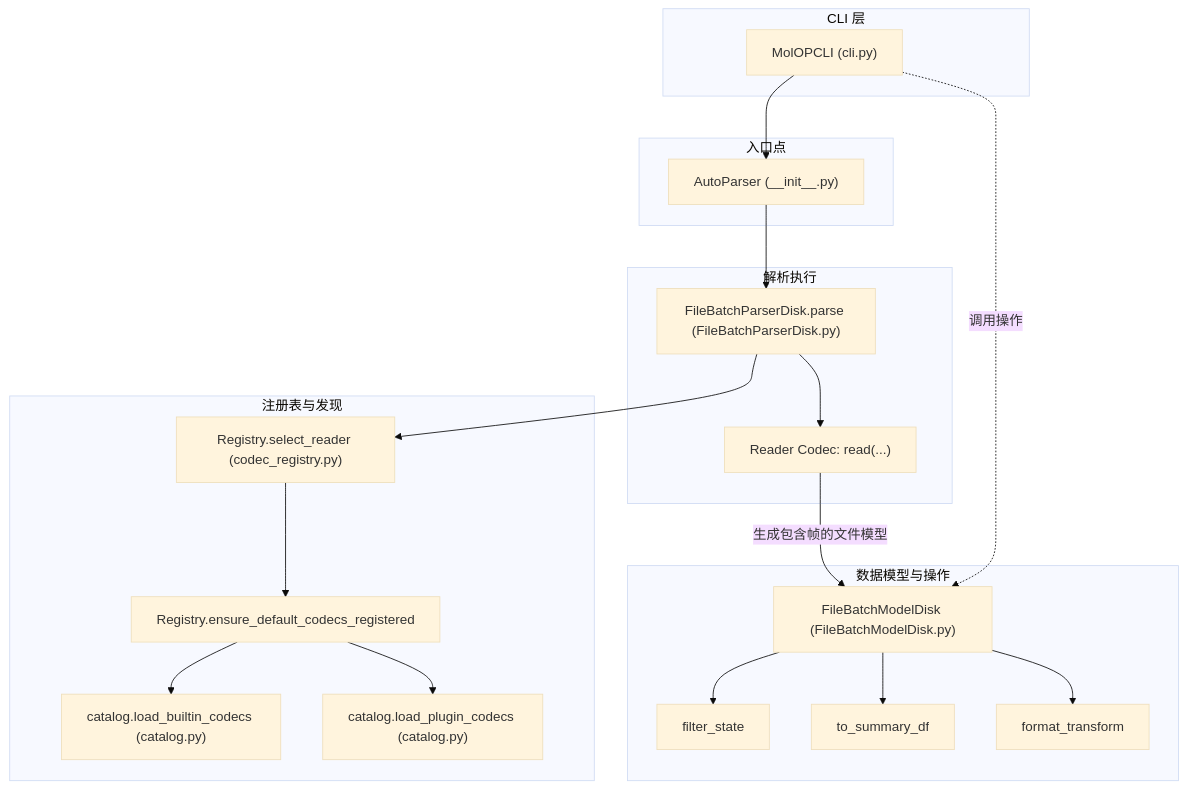
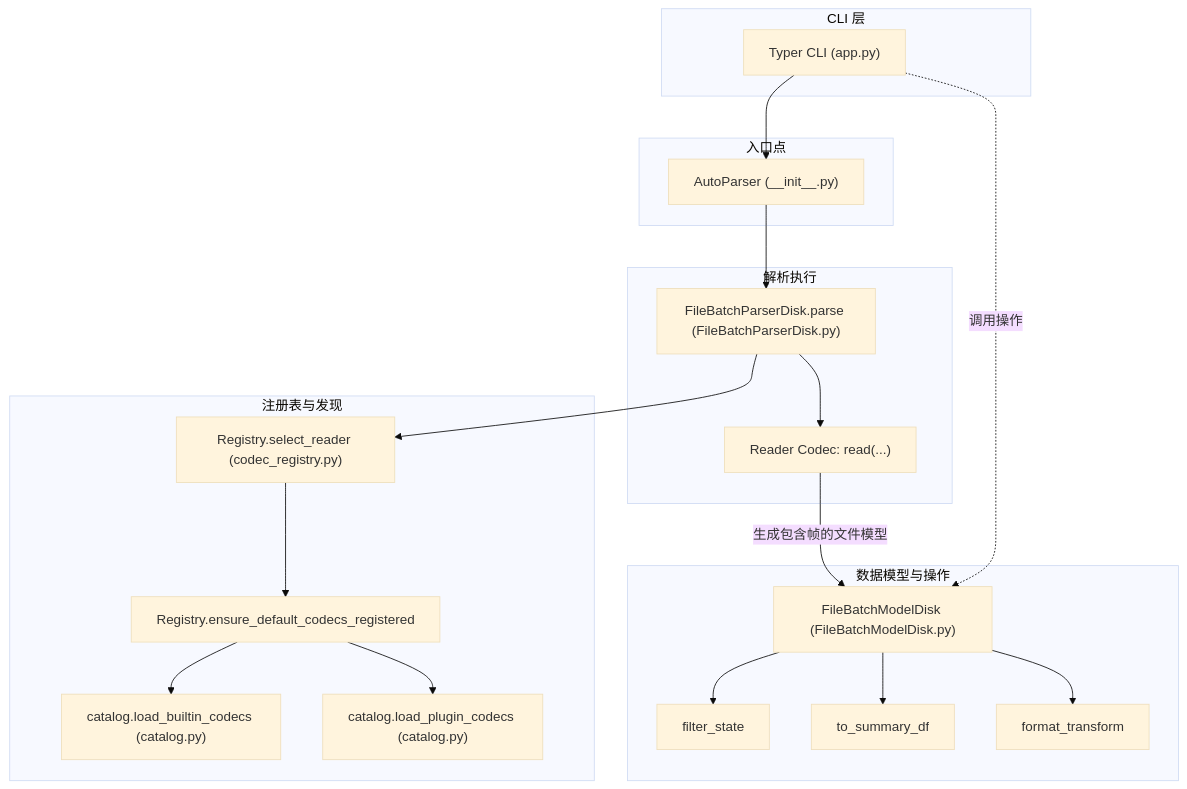
One commit to gentle1999/MolOP changed the diagram in docs/zh/concepts.md. Above: the diagram before and after it, drawn with Mermaid (base theme). The commit also changed 35 other files, not shown here.

````diff
--- a/docs/zh/concepts.md
+++ b/docs/zh/concepts.md
@@ -42,42 +42,42 @@
 ```mermaid
 graph TD
     subgraph CLI [CLI 层]
-        MolOPCLI["MolOPCLI (cli.py)"]
+        MolOPCLI["Typer CLI (app.py)"]
     end
 
     subgraph Entry [入口点]
         AutoParser["AutoParser (__init__.py)"]
     end
 
     subgraph Registry_Logic [注册表与发现]
         R_select["Registry.select_reader (codec_registry.py)"]
         R_ensure["Registry.ensure_default_codecs_registered"]
         C_builtin["catalog.load_builtin_codecs (catalog.py)"]
         C_plugin["catalog.load_plugin_codecs (catalog.py)"]
     end
 
     subgraph Parsing [解析执行]
         FBPD_parse["FileBatchParserDisk.parse (FileBatchParserDisk.py)"]
         Reader["Reader Codec: read(...)"]
     end
 
     subgraph Model [数据模型与操作]
         FBMD["FileBatchModelDisk (FileBatchModelDisk.py)"]
         Op_Filter["filter_state"]
         Op_Summary["to_summary_df"]
         Op_Transform["format_transform"]
     end
 
     MolOPCLI --> AutoParser
     AutoParser --> FBPD_parse
     FBPD_parse --> R_select
     R_select --> R_ensure
     R_ensure --> C_builtin
     R_ensure --> C_plugin
     FBPD_parse --> Reader
     Reader -- "生成包含帧的文件模型" --> FBMD
     FBMD --> Op_Filter
     FBMD --> Op_Summary
     FBMD --> Op_Transform
     MolOPCLI -. "调用操作" .-> FBMD
 ```
````
